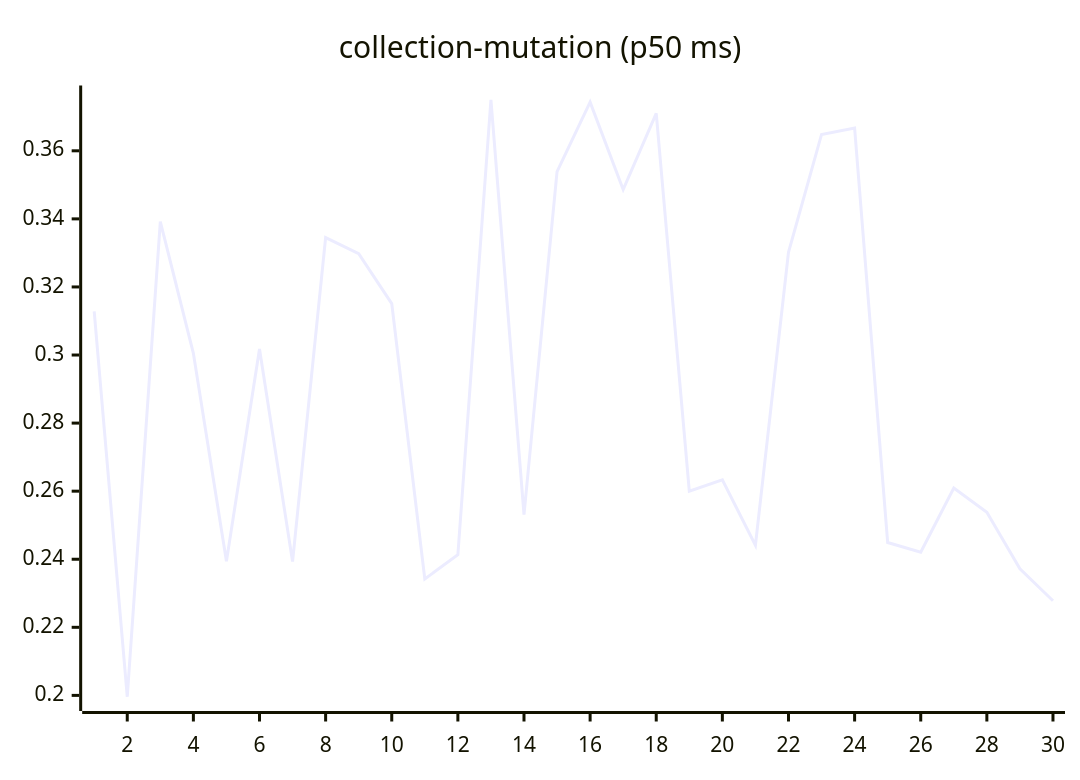
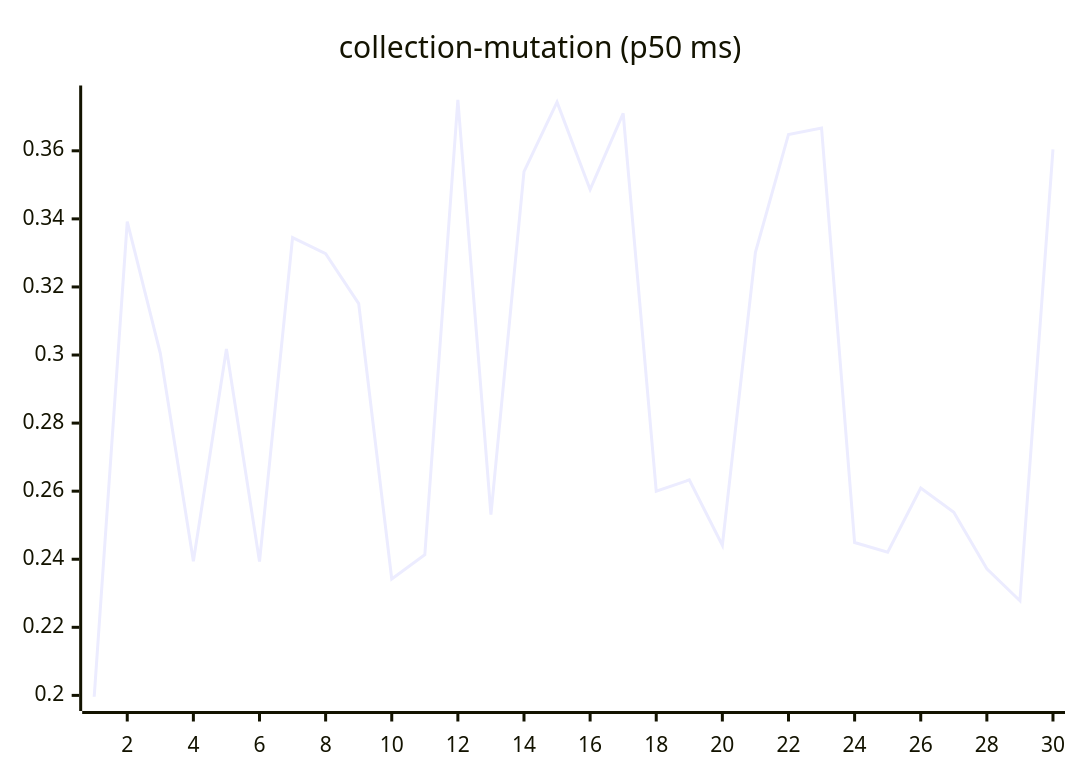
Before and after one commit to josha/Facet: the sixth of 27 diagrams in README.md, drawn with Mermaid. The commit also changed other lines of this file and 2 other files, not shown here.

````diff
--- a/README.md
+++ b/README.md
@@ -98,6 +98,6 @@
 ```mermaid
 xychart-beta
     title "collection-mutation (p50 ms)"
     x-axis 1 --> 30
-    line [0.3128, 0.1996, 0.3392, 0.3005, 0.2394, 0.3018, 0.2393, 0.3345, 0.3298, 0.3151, 0.2342, 0.2413, 0.3750, 0.2531, 0.3539, 0.3743, 0.3486, 0.3710, 0.2600, 0.2633, 0.2441, 0.3302, 0.3648, 0.3667, 0.2449, 0.2421, 0.2609, 0.2538, 0.2372, 0.2278]
+    line [0.1996, 0.3392, 0.3005, 0.2394, 0.3018, 0.2393, 0.3345, 0.3298, 0.3151, 0.2342, 0.2413, 0.3750, 0.2531, 0.3539, 0.3743, 0.3486, 0.3710, 0.2600, 0.2633, 0.2441, 0.3302, 0.3648, 0.3667, 0.2449, 0.2421, 0.2609, 0.2538, 0.2372, 0.2278, 0.3604]
 ```
````
